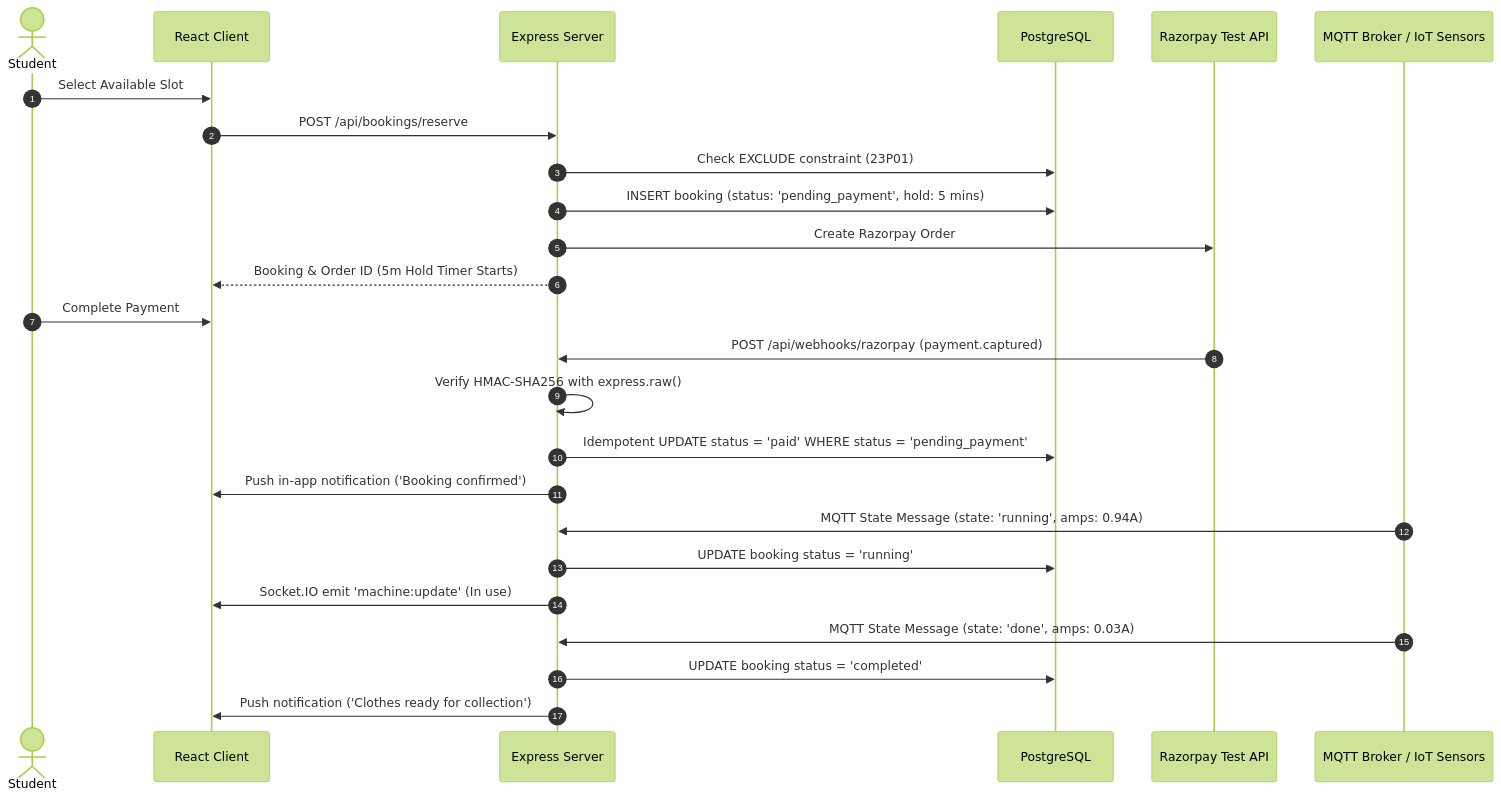
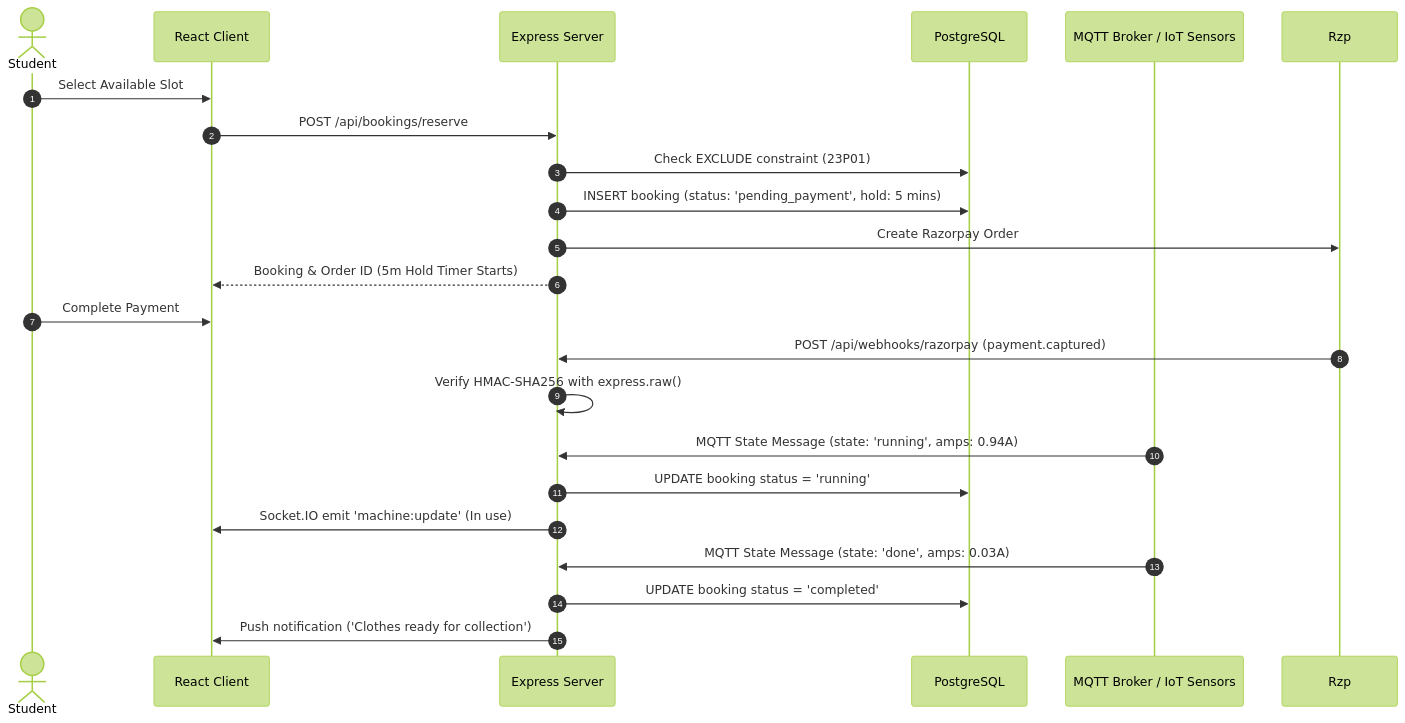
One commit to Sivadharshini123/laundry-management-system changed the second of 2 diagrams in README.md. Above: the diagram before and after it, drawn with Mermaid (forest theme). The commit also changed other lines of this file, not shown here.

````diff
--- a/README.md
+++ b/README.md
@@ -50,31 +50,28 @@
 ```mermaid
 sequenceDiagram
     autonumber
     actor Student
     participant Client as React Client
     participant Server as Express Server
     participant DB as PostgreSQL
-    participant Rzp as Razorpay Test API
     participant IoT as MQTT Broker / IoT Sensors
 
     Student->>Client: Select Available Slot
     Client->>Server: POST /api/bookings/reserve
     Server->>DB: Check EXCLUDE constraint (23P01)
     Server->>DB: INSERT booking (status: 'pending_payment', hold: 5 mins)
     Server->>Rzp: Create Razorpay Order
     Server-->>Client: Booking & Order ID (5m Hold Timer Starts)
 
     Student->>Client: Complete Payment
     Rzp->>Server: POST /api/webhooks/razorpay (payment.captured)
     Server->>Server: Verify HMAC-SHA256 with express.raw()
-    Server->>DB: Idempotent UPDATE status = 'paid' WHERE status = 'pending_payment'
-    Server->>Client: Push in-app notification ('Booking confirmed')
 
     IoT->>Server: MQTT State Message (state: 'running', amps: 0.94A)
     Server->>DB: UPDATE booking status = 'running'
     Server->>Client: Socket.IO emit 'machine:update' (In use)
 
     IoT->>Server: MQTT State Message (state: 'done', amps: 0.03A)
     Server->>DB: UPDATE booking status = 'completed'
     Server->>Client: Push notification ('Clothes ready for collection')
 ```
````
